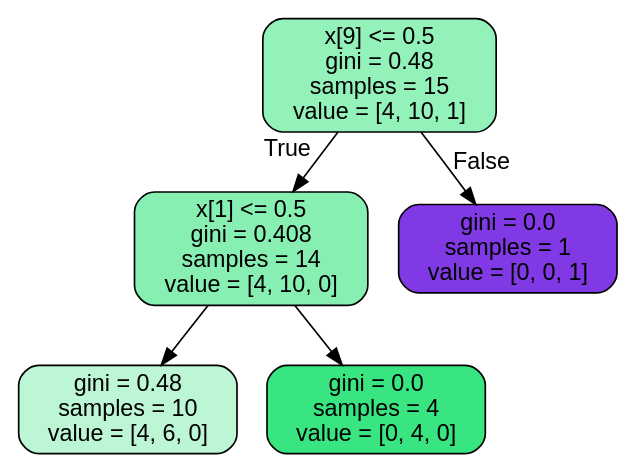
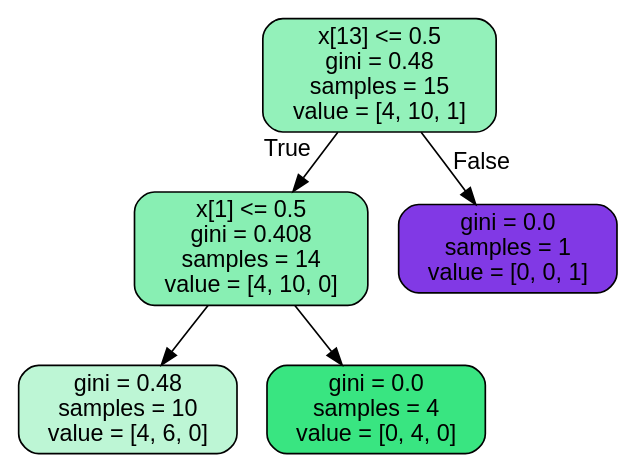
The diagram in doc/LectureNotes/DataFiles/ride.dot (CompPhysics/MachineLearning), drawn with Graphviz before and after one commit. The commit also changed 476 other files, not shown here.

```diff
--- a/doc/LectureNotes/DataFiles/ride.dot
+++ b/doc/LectureNotes/DataFiles/ride.dot
@@ -1,13 +1,13 @@
 digraph Tree {
 node [shape=box, style="filled, rounded", color="black", fontname="helvetica"] ;
 edge [fontname="helvetica"] ;
-0 [label="x[9] <= 0.5\ngini = 0.48\nsamples = 15\nvalue = [4, 10, 1]", fillcolor="#93f1ba"] ;
+0 [label="x[13] <= 0.5\ngini = 0.48\nsamples = 15\nvalue = [4, 10, 1]", fillcolor="#93f1ba"] ;
 1 [label="x[1] <= 0.5\ngini = 0.408\nsamples = 14\nvalue = [4, 10, 0]", fillcolor="#88efb3"] ;
 0 -> 1 [labeldistance=2.5, labelangle=45, headlabel="True"] ;
 2 [label="gini = 0.48\nsamples = 10\nvalue = [4, 6, 0]", fillcolor="#bdf6d5"] ;
 1 -> 2 ;
 3 [label="gini = 0.0\nsamples = 4\nvalue = [0, 4, 0]", fillcolor="#39e581"] ;
 1 -> 3 ;
 4 [label="gini = 0.0\nsamples = 1\nvalue = [0, 0, 1]", fillcolor="#8139e5"] ;
 0 -> 4 [labeldistance=2.5, labelangle=-45, headlabel="False"] ;
 }
```
